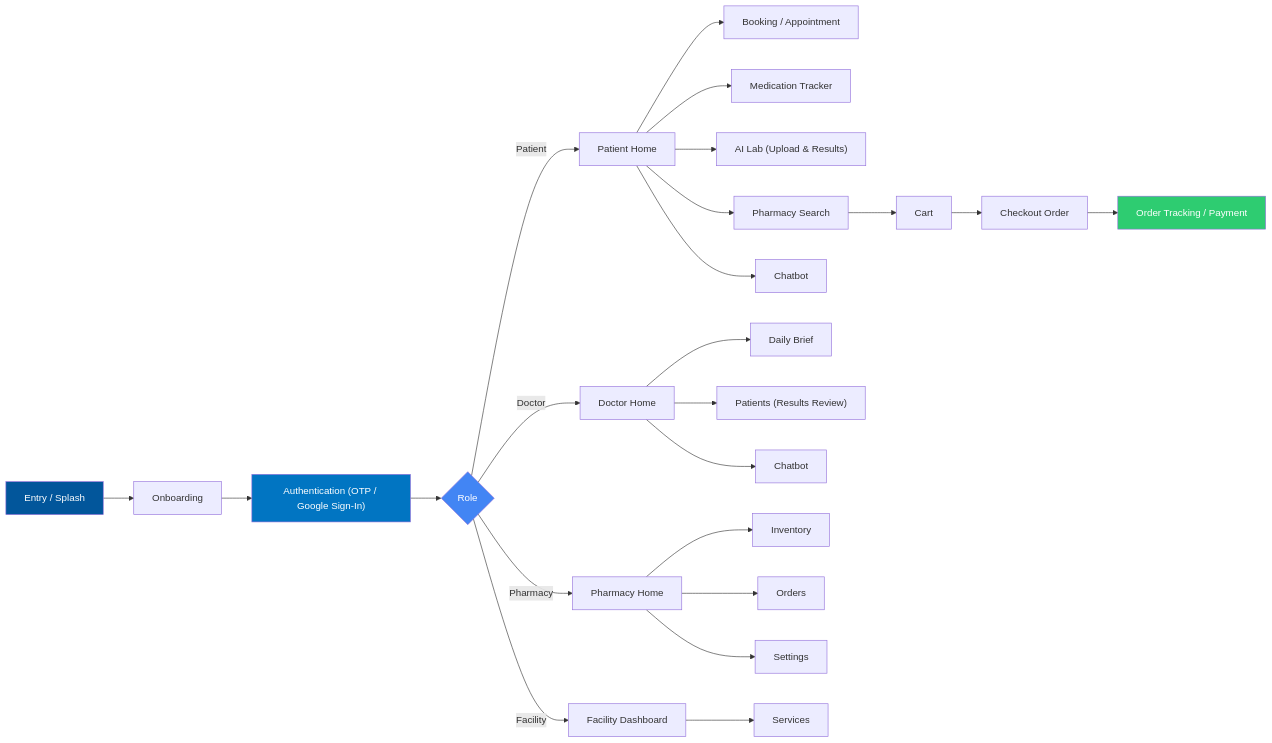
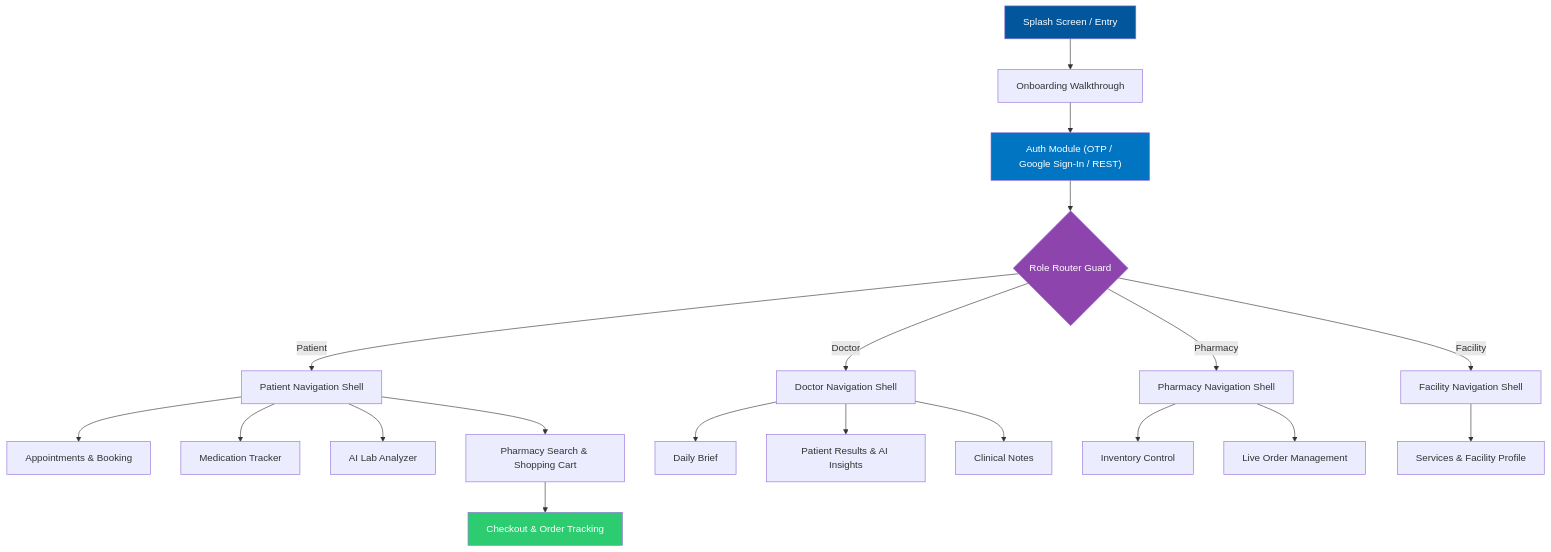
One commit to Emo2003/chefaa changed the second of 2 diagrams in README.md. Above: the diagram before and after it, drawn with Mermaid. The commit also changed other lines of this file, not shown here.

````diff
--- a/README.md
+++ b/README.md
@@ -279,34 +147,36 @@
 ```mermaid
-flowchart LR
-    A["Entry / Splash"] --> B["Onboarding"]
-    B --> C["Authentication (OTP / Google Sign-In)"]
-    C --> D{Role}
-    D -->|Patient| P["Patient Home"]
-    D -->|Doctor| Doc["Doctor Home"]
-    D -->|Pharmacy| Ph["Pharmacy Home"]
-    D -->|Facility| Fac["Facility Dashboard"]
+flowchart TD
+    A["Splash Screen / Entry"] --> B["Onboarding Walkthrough"]
+    B --> C["Auth Module (OTP / Google Sign-In / REST)"]
+    C --> D{"Role Router Guard"}
 
-    P --> P1["Booking / Appointment"]
+    D -->|Patient| P["Patient Navigation Shell"]
+    D -->|Doctor| Doc["Doctor Navigation Shell"]
+    D -->|Pharmacy| Ph["Pharmacy Navigation Shell"]
+    D -->|Facility| Fac["Facility Navigation Shell"]
+
+    %% Patient Flows
+    P --> P1["Appointments & Booking"]
     P --> P2["Medication Tracker"]
-    P --> P3["AI Lab (Upload & Results)"]
-    P --> P4["Pharmacy Search"]
-    P --> P5["Chatbot"]
-    P4 --> Cart["Cart"]
-    Cart --> Checkout["Checkout Order"]
-    Checkout --> OrderTrack["Order Tracking / Payment"]
+    P --> P3["AI Lab Analyzer"]
+    P --> P4["Pharmacy Search & Shopping Cart"]
+    P4 --> Cart["Checkout & Order Tracking"]
 
+    %% Doctor Flows
     Doc --> Doc1["Daily Brief"]
-    Doc --> Doc2["Patients (Results Review)"]
-    Doc --> Doc3["Chatbot"]
+    Doc --> Doc2["Patient Results & AI Insights"]
+    Doc --> Doc3["Clinical Notes"]
 
-    Ph --> Ph1["Inventory"]
-    Ph --> Ph2["Orders"]
-    Ph --> Ph3["Settings"]
+    %% Pharmacy Flows
+    Ph --> Ph1["Inventory Control"]
+    Ph --> Ph2["Live Order Management"]
 
-    Fac --> Fac1["Services"]
+    %% Facility Flows
+    Fac --> Fac1["Services & Facility Profile"]
 
     style A fill:#02569B,color:#fff
     style C fill:#0175C2,color:#fff
-    style D fill:#4285F4,color:#fff
-    style OrderTrack fill:#2ecc71,color:#fff
+    style D fill:#8E44AD,color:#fff
+    style Cart fill:#2ECC71,color:#fff
+
 ```
````
